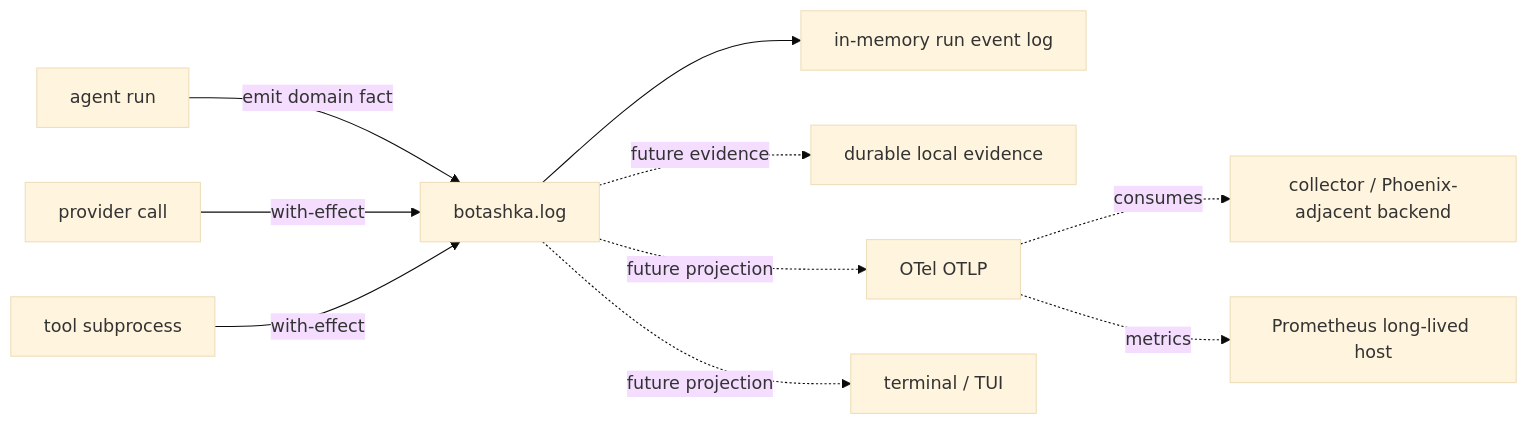
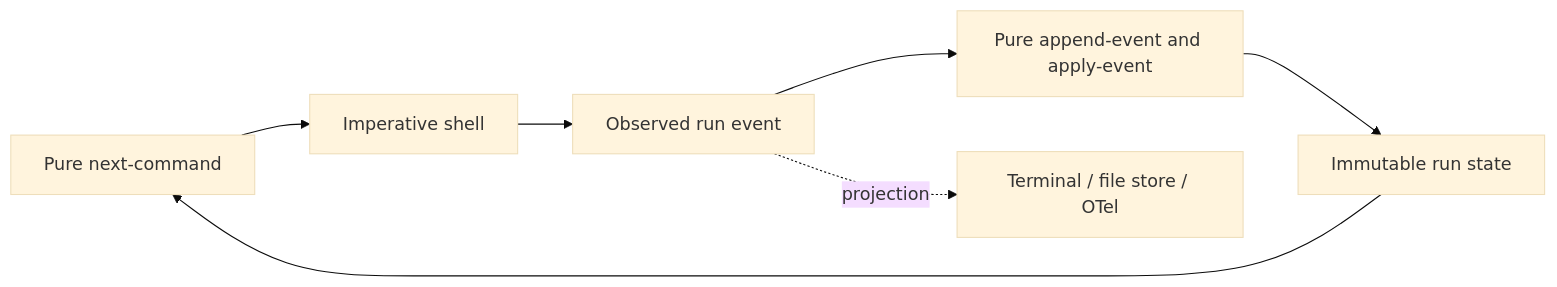
The diagram in plan/run-event-log-refactor.zh.md (brainocean/botashka), drawn with Mermaid (base theme) before and after one commit. The commit also changed other lines of this file and 9 other files, not shown here.

Commit message:
refactor: model agent as event state machine

````diff
--- a/plan/run-event-log-refactor.zh.md
+++ b/plan/run-event-log-refactor.zh.md
@@ -21,12 +19,9 @@
 ```mermaid
 flowchart LR
-  A[agent run] -->|emit domain fact| T[botashka.log]
-  P[provider call] -->|with-effect| T
-  R[tool subprocess] -->|with-effect| T
-  T --> M[in-memory run event log]
-  T -. future evidence .-> D[durable local evidence]
-  T -. future projection .-> O[OTel OTLP]
-  T -. future projection .-> U[terminal / TUI]
-  O -. consumes .-> X[collector / Phoenix-adjacent backend]
-  O -. metrics .-> Y[Prometheus long-lived host]
+  C[Pure next-command] --> X[Imperative shell]
+  X --> E[Observed run event]
+  E --> A[Pure append-event and apply-event]
+  A --> S[Immutable run state]
+  S --> C
+  E -. projection .-> O[Terminal / file store / OTel]
 ```
````
